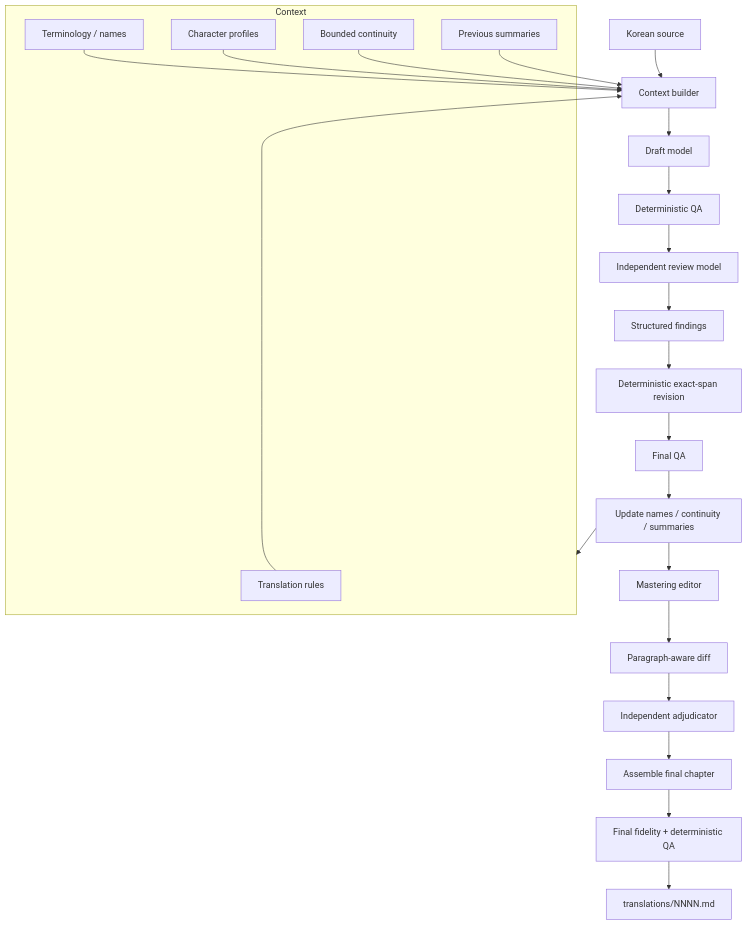
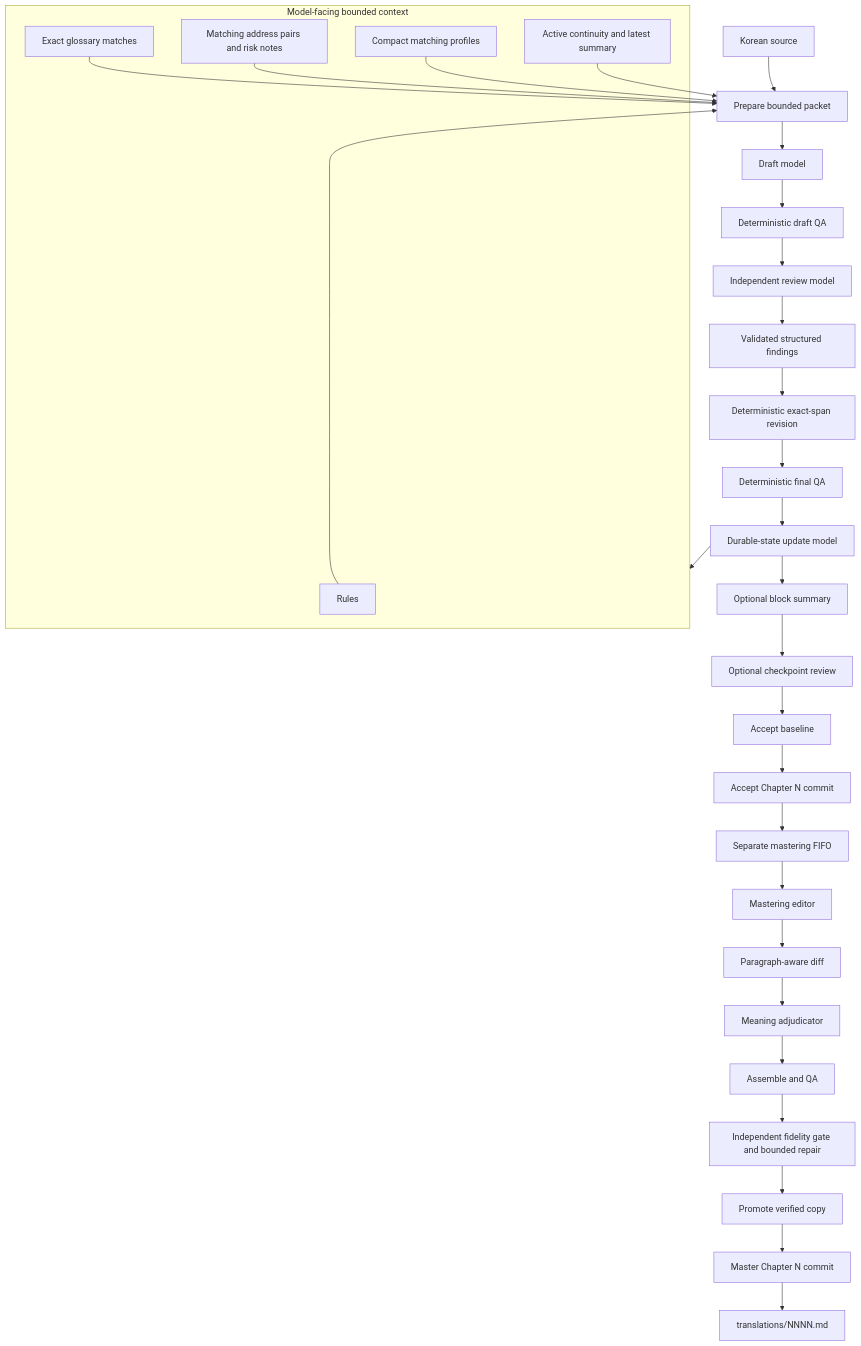
Before and after one commit to jimzrt/murim-login: the first of 2 diagrams in README.md, drawn with Mermaid. The commit also changed other lines of this file and 1 other file, not shown here.

Commit message:
Refactor README files to clarify mastering workflow and update translation process details

````diff
--- a/README.md
+++ b/README.md
@@ -20,33 +22,42 @@
 ```mermaid
 flowchart TD
-    A[Korean source] --> B[Context builder]
+    A[Korean source] --> B[Prepare bounded packet]
 
-    subgraph Ctx[Context]
-        C1[Translation rules]
-        C2[Terminology / names]
-        C3[Character profiles]
-        C4[Bounded continuity]
-        C5[Previous summaries]
+    subgraph Ctx[Model-facing bounded context]
+        C1[Rules]
+        C2[Exact glossary matches]
+        C3[Matching address pairs and risk notes]
+        C4[Compact matching profiles]
+        C5[Active continuity and latest summary]
     end
 
     C1 --> B
     C2 --> B
     C3 --> B
     C4 --> B
     C5 --> B
 
     B --> D[Draft model]
-    D --> E[Deterministic QA]
+    D --> E[Deterministic draft QA]
     E --> F[Independent review model]
-    F --> G[Structured findings]
+    F --> G[Validated structured findings]
     G --> H[Deterministic exact-span revision]
-    H --> I[Final QA]
-    I --> J[Update names / continuity / summaries]
+    H --> I[Deterministic final QA]
+    I --> J[Durable-state update model]
+    J --> K[Optional block summary]
+    K --> L[Optional checkpoint review]
+    L --> M[Accept baseline]
+    M --> N[Accept Chapter N commit]
+
+    N --> O[Separate mastering FIFO]
+    O --> P[Mastering editor]
+    P --> Q[Paragraph-aware diff]
+    Q --> R[Meaning adjudicator]
+    R --> S[Assemble and QA]
+    S --> T[Independent fidelity gate and bounded repair]
+    T --> U[Promote verified copy]
+    U --> V[Master Chapter N commit]
+    V --> W[translations/NNNN.md]
+
     J --> Ctx
-    J --> K[Mastering editor]
-    K --> L[Paragraph-aware diff]
-    L --> M[Independent adjudicator]
-    M --> N[Assemble final chapter]
-    N --> O[Final fidelity + deterministic QA]
-    O --> P["translations/NNNN.md"]
 ```
````
